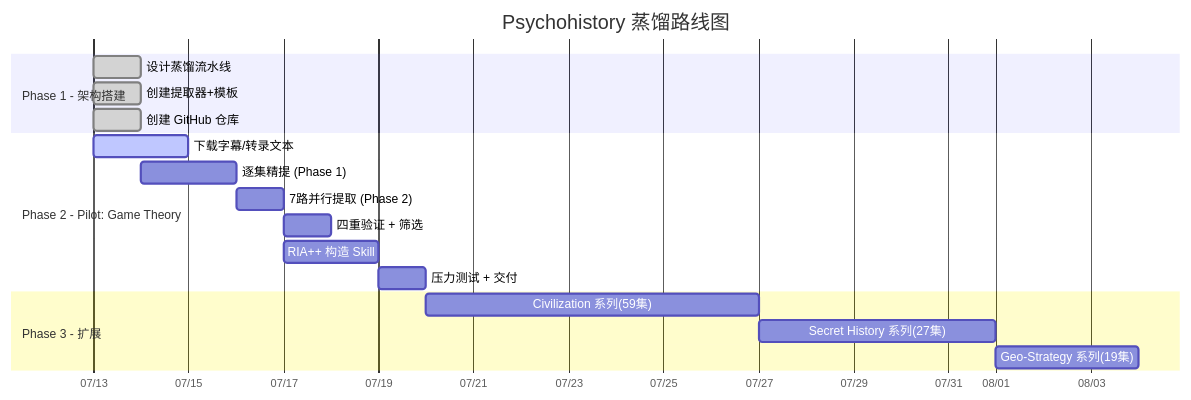
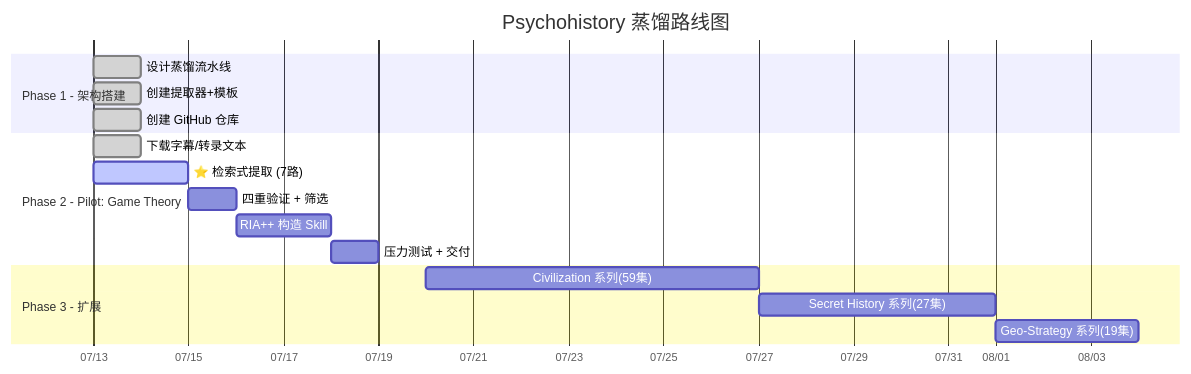
Before and after one commit to chundada/psychohistory: the diagram in PROGRESS.md, drawn with Mermaid. The commit also changed other lines of this file and 9 other files, not shown here.

````diff
--- a/PROGRESS.md
+++ b/PROGRESS.md
@@ -9,24 +10,23 @@
 ```mermaid
 gantt
     title Psychohistory 蒸馏路线图
     dateFormat  YYYY-MM-DD
     axisFormat  %m/%d
     
     section Phase 1 - 架构搭建
     设计蒸馏流水线           :done, 2026-07-13, 1d
     创建提取器+模板          :done, 2026-07-13, 1d
     创建 GitHub 仓库         :done, 2026-07-13, 1d
     
     section Phase 2 - Pilot: Game Theory
-    下载字幕/转录文本        :active, 2026-07-13, 2d
-    逐集精提 (Phase 1)       :2026-07-14, 2d
-    7路并行提取 (Phase 2)    :2026-07-16, 1d
-    四重验证 + 筛选          :2026-07-17, 1d
-    RIA++ 构造 Skill         :2026-07-17, 2d
-    压力测试 + 交付           :2026-07-19, 1d
+    下载字幕/转录文本        :done, 2026-07-13, 1d
+    ⭐ 检索式提取 (7路)     :active, 2026-07-13, 2d
+    四重验证 + 筛选          :2026-07-15, 1d
+    RIA++ 构造 Skill         :2026-07-16, 2d
+    压力测试 + 交付           :2026-07-18, 1d
 
     section Phase 3 - 扩展
     Civilization 系列(59集)  :2026-07-20, 7d
     Secret History 系列(27集):2026-07-27, 5d
     Geo-Strategy 系列(19集)  :2026-08-01, 3d
 ```
````
